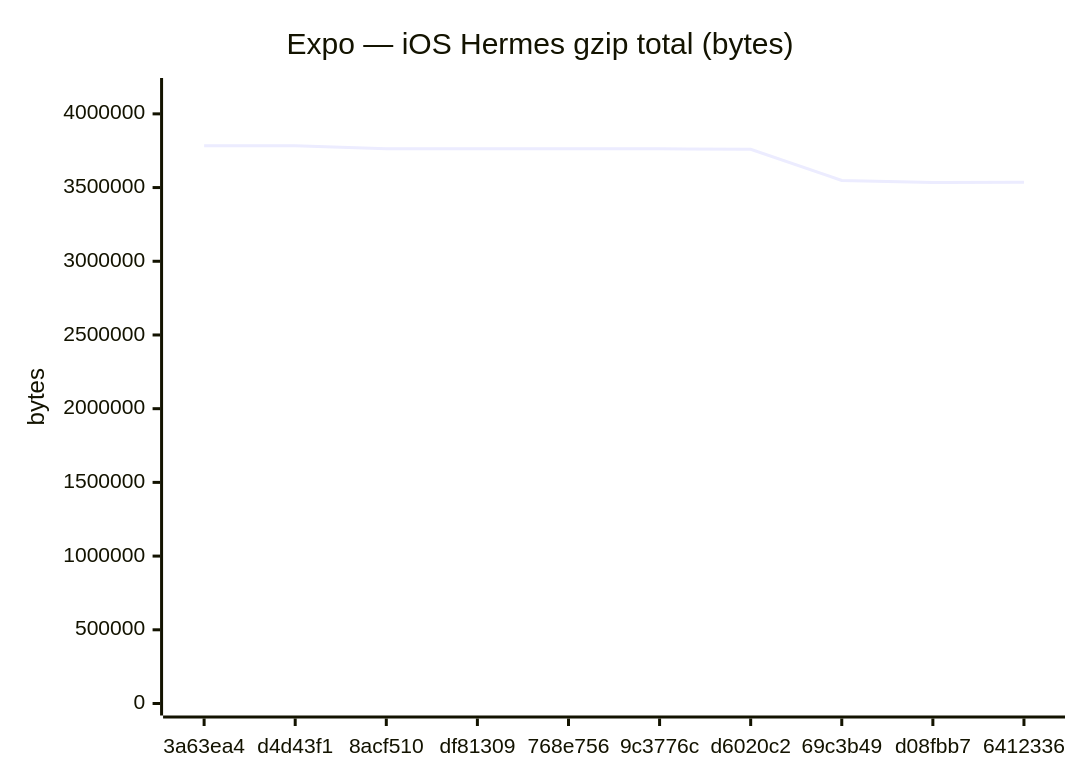
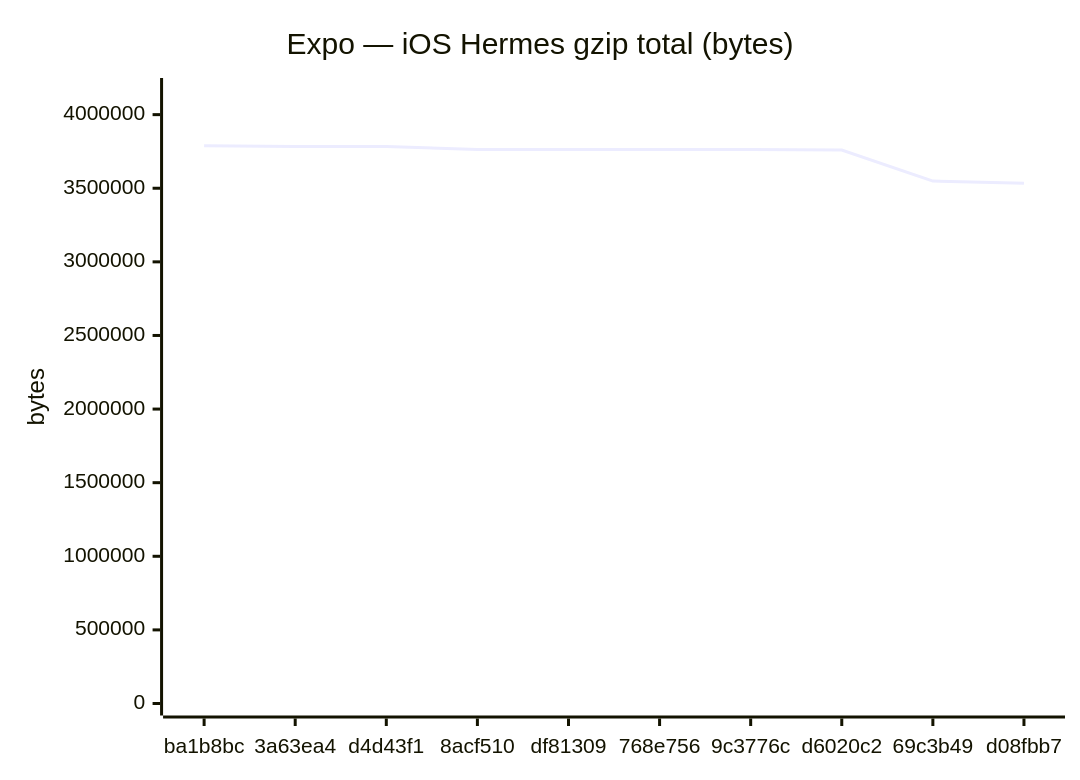
The sixth of 18 diagrams in benchmarks/compare.md (Metaheurist/Rianell), drawn with Mermaid before and after one commit. The commit also changed other lines of this file and 11 other files, not shown here.

````diff
--- a/benchmarks/compare.md
+++ b/benchmarks/compare.md
@@ -96,7 +96,7 @@
 ```mermaid
 xychart-beta
     title "Expo — iOS Hermes gzip total (bytes)"
-    x-axis ["3a63ea4", "d4d43f1", "8acf510", "df81309", "768e756", "9c3776c", "d6020c2", "69c3b49", "d08fbb7", "6412336"]
-    y-axis "bytes" 0 --> 4161873
-    line [3783517, 3783520, 3762734, 3762736, 3762498, 3762733, 3759872, 3548602, 3534279, 3535273]
+    x-axis ["ba1b8bc", "3a63ea4", "d4d43f1", "8acf510", "df81309", "768e756", "9c3776c", "d6020c2", "69c3b49", "d08fbb7"]
+    y-axis "bytes" 0 --> 4167378
+    line [3788525, 3783517, 3783520, 3762734, 3762736, 3762498, 3762733, 3759872, 3548602, 3534279]
 ```
````
